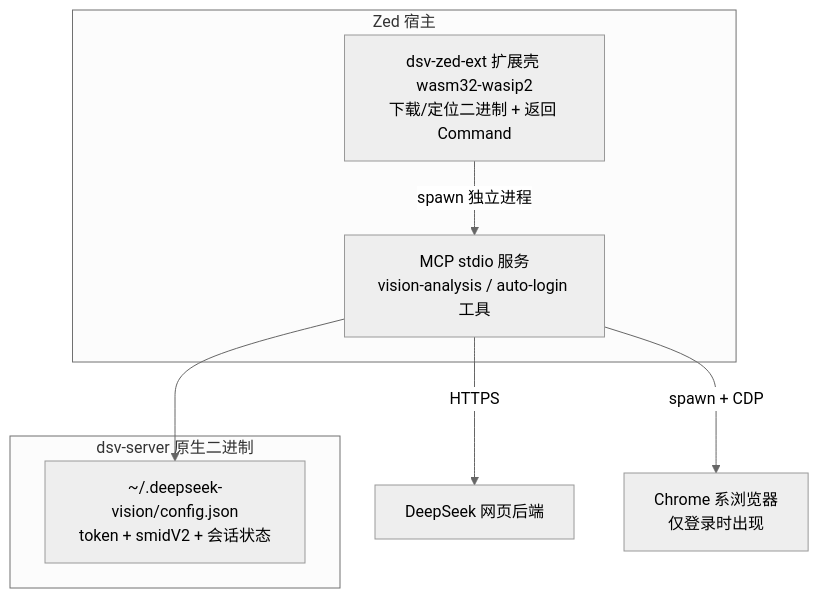
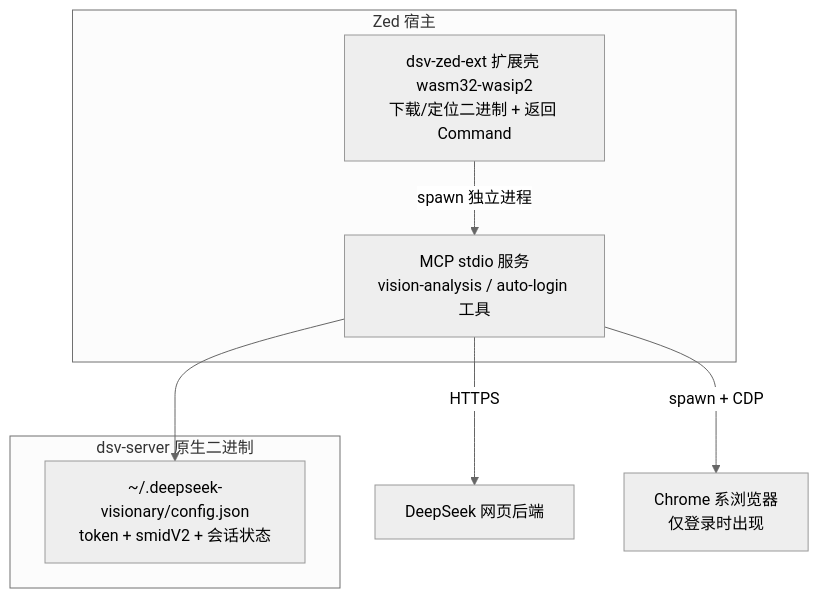
Before and after one commit to xlight/deepseek-visionary: the diagram in openspec/changes/build-deepseek-vision-rs/design.md, drawn with Mermaid (neutral theme). The commit also changed other lines of this file and 12 other files, not shown here.

First line of the commit message:
统一配置路径为 ~/.deepseek-visionary 并收尾联调验证

````diff
--- a/openspec/changes/build-deepseek-vision-rs/design.md
+++ b/openspec/changes/build-deepseek-vision-rs/design.md
@@ -12,14 +12,14 @@
 ```mermaid
 graph TD
     subgraph Zed 宿主
         EXT["dsv-zed-ext 扩展壳 wasm32-wasip2<br/>下载/定位二进制 + 返回 Command"]
         EXT -->|spawn 独立进程| SRV
     end
     subgraph dsv-server 原生二进制
         SRV["MCP stdio 服务<br/>vision-analysis / auto-login 工具"]
-        CFG["~/.deepseek-vision/config.json<br/>token + smidV2 + 会话状态"]
+        CFG["~/.deepseek-visionary/config.json<br/>token + smidV2 + 会话状态"]
         SRV --> CFG
     end
     SRV -->|HTTPS| DS["DeepSeek 网页后端"]
     SRV -->|spawn + CDP| BRO["Chrome 系浏览器<br/>仅登录时出现"]
 ```
````
